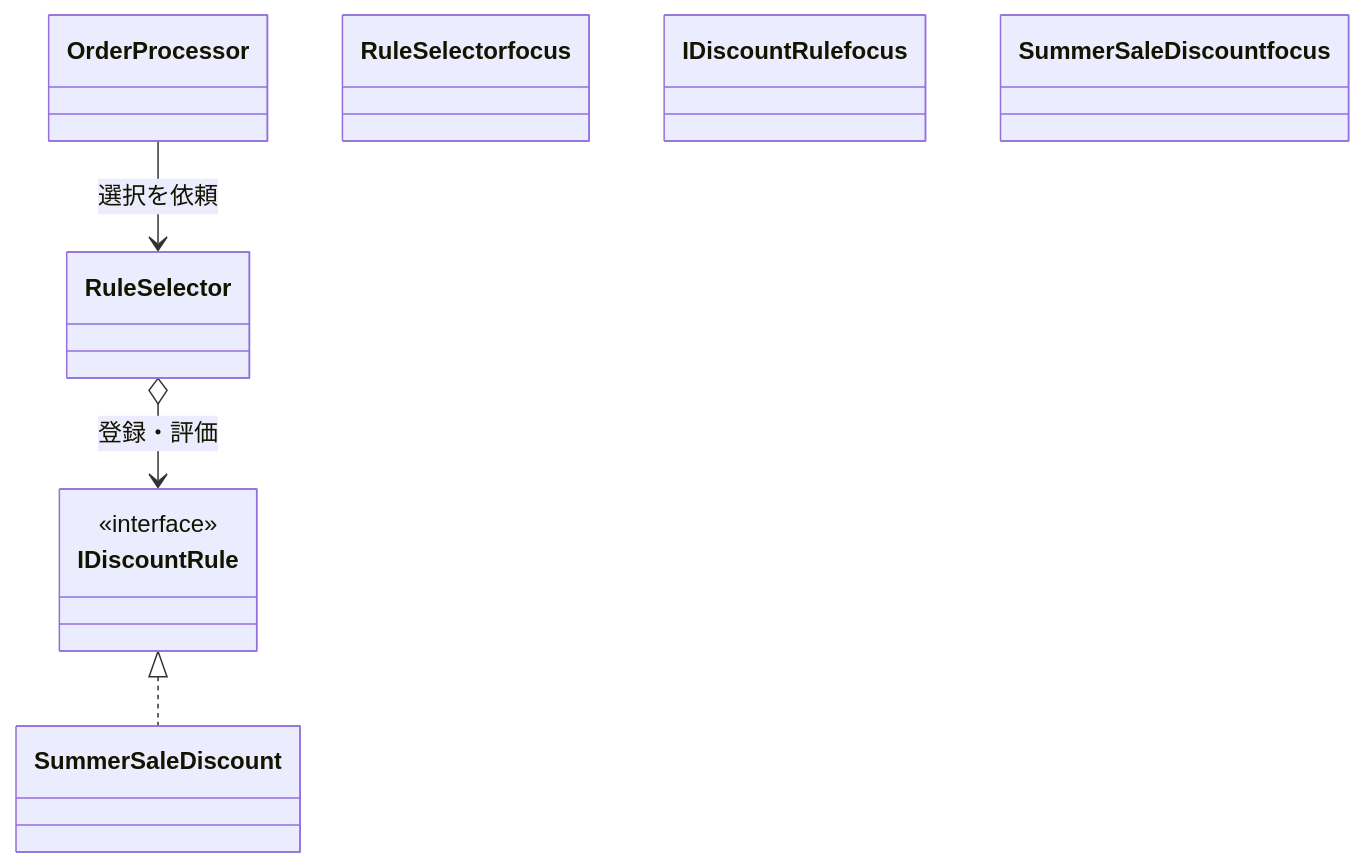
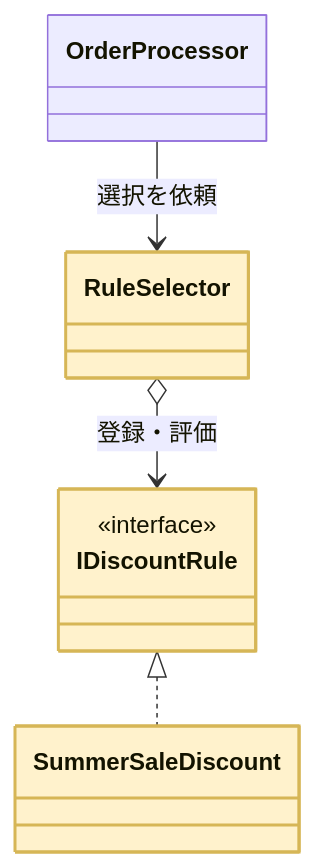
One commit to kumachan1101-pixel/DesignPattern changed the seventh of 17 diagrams in kindle/design-patterns/output/chapter01.md. Above: the diagram before and after it, drawn with Mermaid. The commit also changed other lines of this file and 15 other files, not shown here.

First line of the commit message:
全章classDiagram: phantom浮きクラスを生む着色構文 class X focus を :::focus へ修正（103箇所）

````diff
--- a/kindle/design-patterns/output/chapter01.md
+++ b/kindle/design-patterns/output/chapter01.md
@@ -1300,14 +1300,14 @@
 ```mermaid
 classDiagram
     class OrderProcessor
     class RuleSelector
     class IDiscountRule { <<interface>> }
     class SummerSaleDiscount
     OrderProcessor --> RuleSelector : 選択を依頼
     RuleSelector o--> IDiscountRule : 登録・評価
     IDiscountRule <|.. SummerSaleDiscount
-    class RuleSelector focus
-    class IDiscountRule focus
-    class SummerSaleDiscount focus
+    class RuleSelector:::focus
+    class IDiscountRule:::focus
+    class SummerSaleDiscount:::focus
     classDef focus fill:#FFF2CC,stroke:#D6B656,stroke-width:2px
 ```
````
